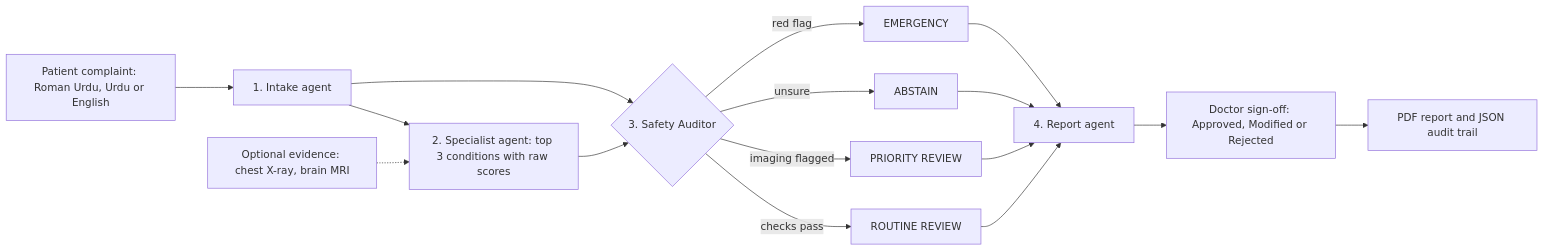
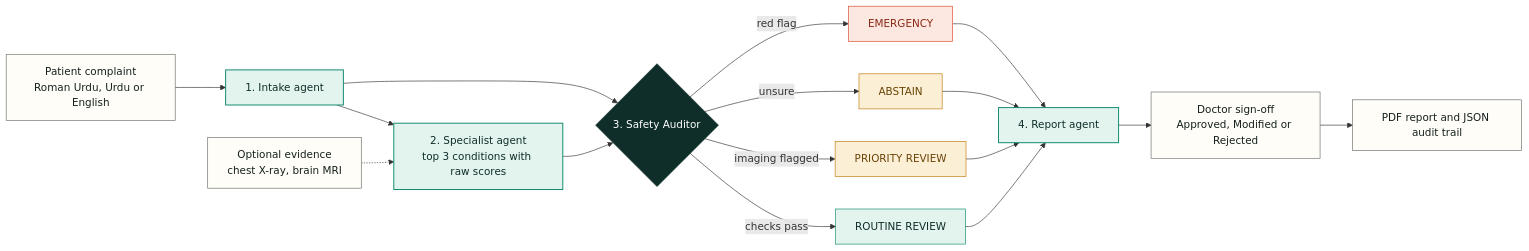
The diagram in README.md (ailanasirai/wary), drawn with Mermaid before and after one commit. The commit also changed other lines of this file, not shown here.

````diff
--- a/README.md
+++ b/README.md
@@ -36,18 +87,31 @@
 ```mermaid
 flowchart LR
-    A["Patient complaint: Roman Urdu, Urdu or English"] --> B["1. Intake agent"]
-    B --> C["2. Specialist agent: top 3 conditions with raw scores"]
-    X["Optional evidence: chest X-ray, brain MRI"] -.-> C
+    A["Patient complaint<br/>Roman Urdu, Urdu or English"] --> B["1. Intake agent"]
+    B --> C["2. Specialist agent<br/>top 3 conditions with raw scores"]
+    X["Optional evidence<br/>chest X-ray, brain MRI"] -.-> C
     B --> D{"3. Safety Auditor"}
     C --> D
     D -->|red flag| E["EMERGENCY"]
     D -->|unsure| F["ABSTAIN"]
     D -->|imaging flagged| G["PRIORITY REVIEW"]
     D -->|checks pass| H["ROUTINE REVIEW"]
     E --> I["4. Report agent"]
     F --> I
     G --> I
     H --> I
-    I --> J["Doctor sign-off: Approved, Modified or Rejected"]
+    I --> J["Doctor sign-off<br/>Approved, Modified or Rejected"]
     J --> K["PDF report and JSON audit trail"]
+
+    classDef io fill:#FFFDF8,stroke:#6A6F68,color:#14201D
+    classDef agent fill:#E3F4EE,stroke:#0F8B6D,color:#0F2E2A,stroke-width:1.5px
+    classDef gate fill:#0F2E2A,stroke:#0F2E2A,color:#FFFFFF
+    classDef risk fill:#FDE8E1,stroke:#D9482B,color:#8A2A15
+    classDef warn fill:#FBF0D6,stroke:#C07A0A,color:#6B4306
+    classDef ok fill:#E3F4EE,stroke:#0F8B6D,color:#0F2E2A
+    class A,X,J,K io
+    class B,C,I agent
+    class D gate
+    class E risk
+    class F,G warn
+    class H ok
 ```
````
